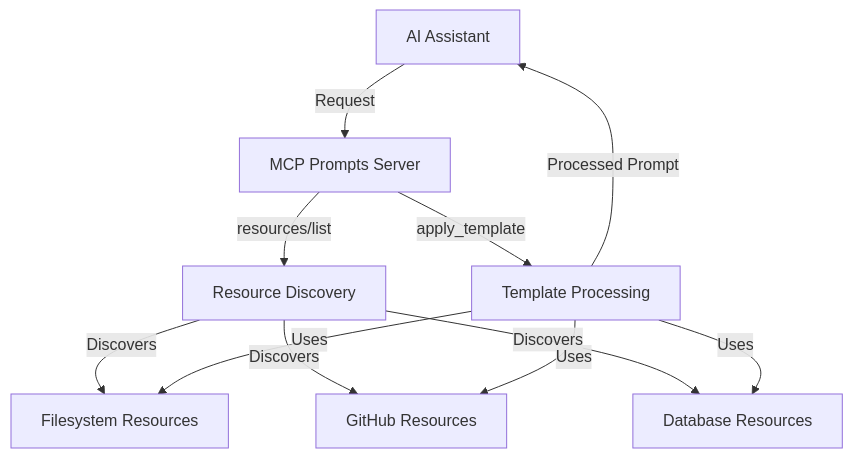
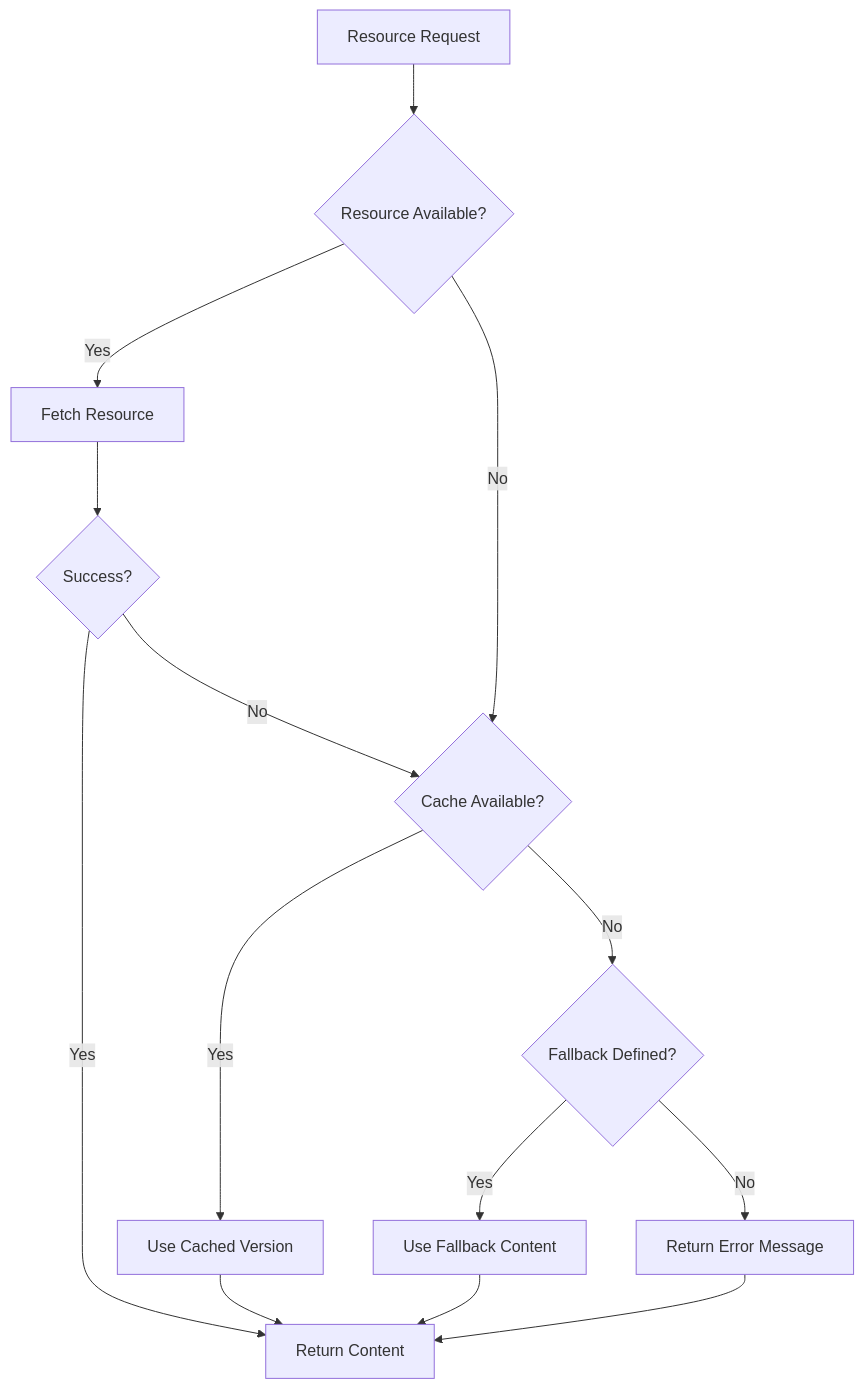
Before and after one commit to tjks111/mcp-prompt: the ninth of 17 diagrams in README.md, drawn with Mermaid. The commit also changed other lines of this file and 104 other files, not shown here.

Commit message:
refactor: update server registration to use new MCP SDK methods, improve Docker configurations, and enhance documentation

````diff
--- a/README.md
+++ b/README.md
@@ -1224,15 +1236,20 @@
 ```mermaid
-flowchart TD
-    A[AI Assistant] -->|Request| B[MCP Prompts Server]
-    B -->|resources/list| C[Resource Discovery]
-    C -->|Discovers| D[Filesystem Resources]
-    C -->|Discovers| E[GitHub Resources]
-    C -->|Discovers| F[Database Resources]
+graph TD
+    Request[Resource Request] --> Available{Resource Available?}
+    Available -->|Yes| Fetch[Fetch Resource]
+    Available -->|No| Cache{Cache Available?}
     
-    B -->|apply_template| G[Template Processing]
-    G -->|Uses| D
-    G -->|Uses| E
-    G -->|Uses| F
+    Cache -->|Yes| UseCache[Use Cached Version]
+    Cache -->|No| Fallback{Fallback Defined?}
     
-    G -->|Processed Prompt| A
+    Fallback -->|Yes| UseFallback[Use Fallback Content]
+    Fallback -->|No| Error[Return Error Message]
+    
+    Fetch --> Success{Success?}
+    Success -->|Yes| Return[Return Content]
+    Success -->|No| Cache
+    
+    UseCache --> Return
+    UseFallback --> Return
+    Error --> Return
 ```
````
